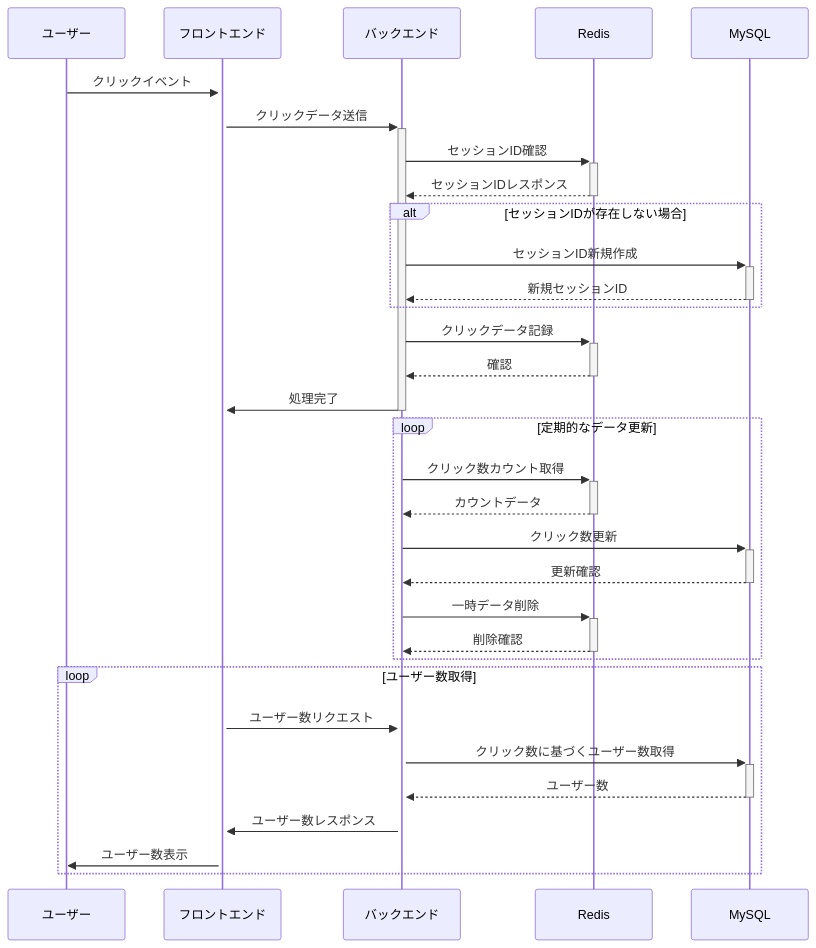
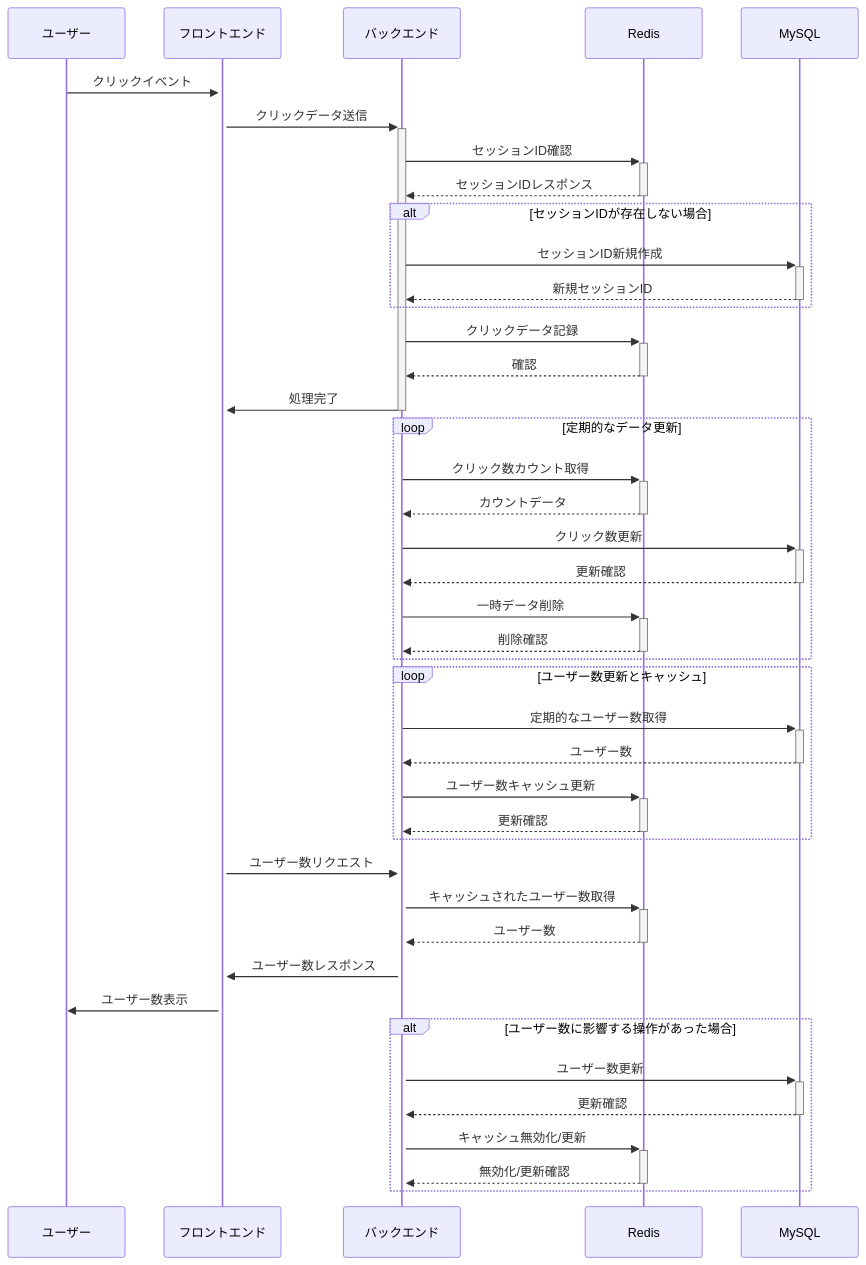
Before and after one commit to playpark-llc/kazoeru-kun: the diagram in README.md, drawn with Mermaid.

Commit message:
docs(readme.md): update sequence diagram

````diff
--- a/README.md
+++ b/README.md
@@ -38,37 +38,49 @@
 ```mermaid
 sequenceDiagram
     participant User as ユーザー
     participant Frontend as フロントエンド
     participant Backend as バックエンド
     participant Redis as Redis
     participant MySQL as MySQL
 
     User->>+Frontend: クリックイベント
     Frontend->>+Backend: クリックデータ送信
     Backend->>+Redis: セッションID確認
     Redis-->>-Backend: セッションIDレスポンス
     alt セッションIDが存在しない場合
         Backend->>+MySQL: セッションID新規作成
         MySQL-->>-Backend: 新規セッションID
     end
     Backend->>+Redis: クリックデータ記録
     Redis-->>-Backend: 確認
     Backend->>-Frontend: 処理完了
 
     loop 定期的なデータ更新
         Backend->>+Redis: クリック数カウント取得
         Redis-->>-Backend: カウントデータ
         Backend->>+MySQL: クリック数更新
         MySQL-->>-Backend: 更新確認
         Backend->>+Redis: 一時データ削除
         Redis-->>-Backend: 削除確認
     end
 
-    loop ユーザー数取得
-        Frontend->>+Backend: ユーザー数リクエスト
-        Backend->>+MySQL: クリック数に基づくユーザー数取得
+    loop ユーザー数更新とキャッシュ
+        Backend->>+MySQL: 定期的なユーザー数取得
         MySQL-->>-Backend: ユーザー数
-        Backend->>Frontend: ユーザー数レスポンス
-        Frontend->>User: ユーザー数表示
+        Backend->>+Redis: ユーザー数キャッシュ更新
+        Redis-->>-Backend: 更新確認
+    end
+
+    Frontend->>+Backend: ユーザー数リクエスト
+    Backend->>+Redis: キャッシュされたユーザー数取得
+    Redis-->>-Backend: ユーザー数
+    Backend->>Frontend: ユーザー数レスポンス
+    Frontend->>User: ユーザー数表示
+
+    alt ユーザー数に影響する操作があった場合
+        Backend->>+MySQL: ユーザー数更新
+        MySQL-->>-Backend: 更新確認
+        Backend->>+Redis: キャッシュ無効化/更新
+        Redis-->>-Backend: 無効化/更新確認
     end
 ```
````
